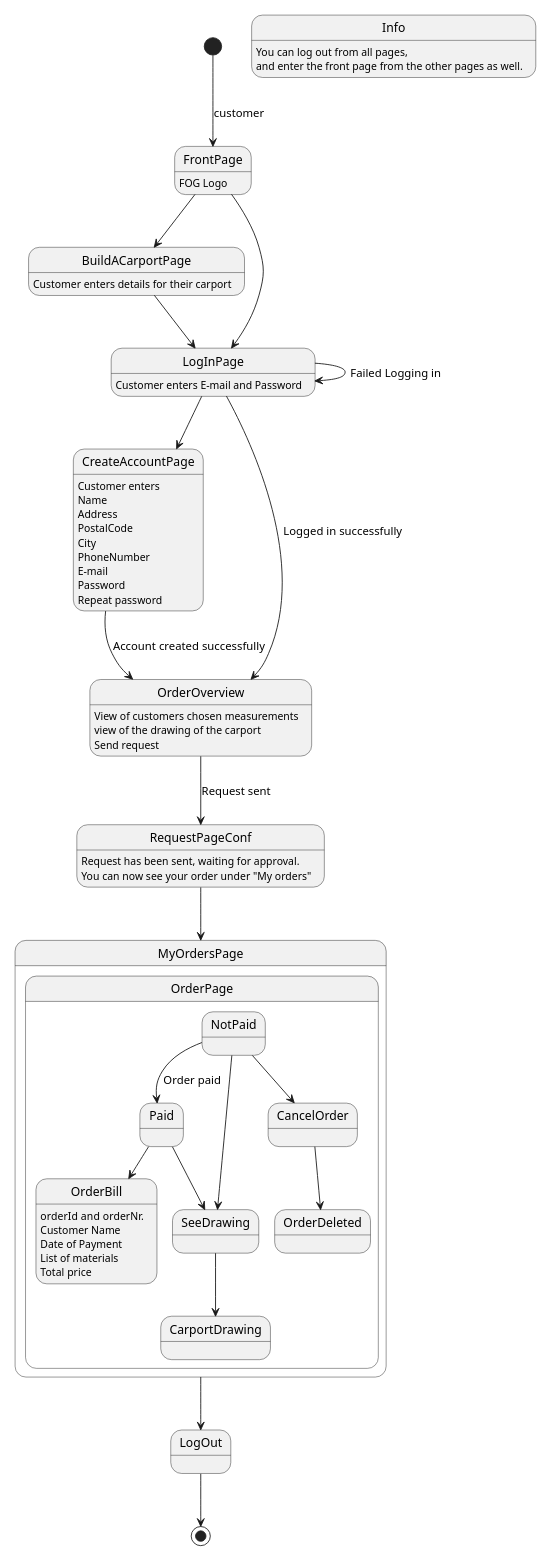
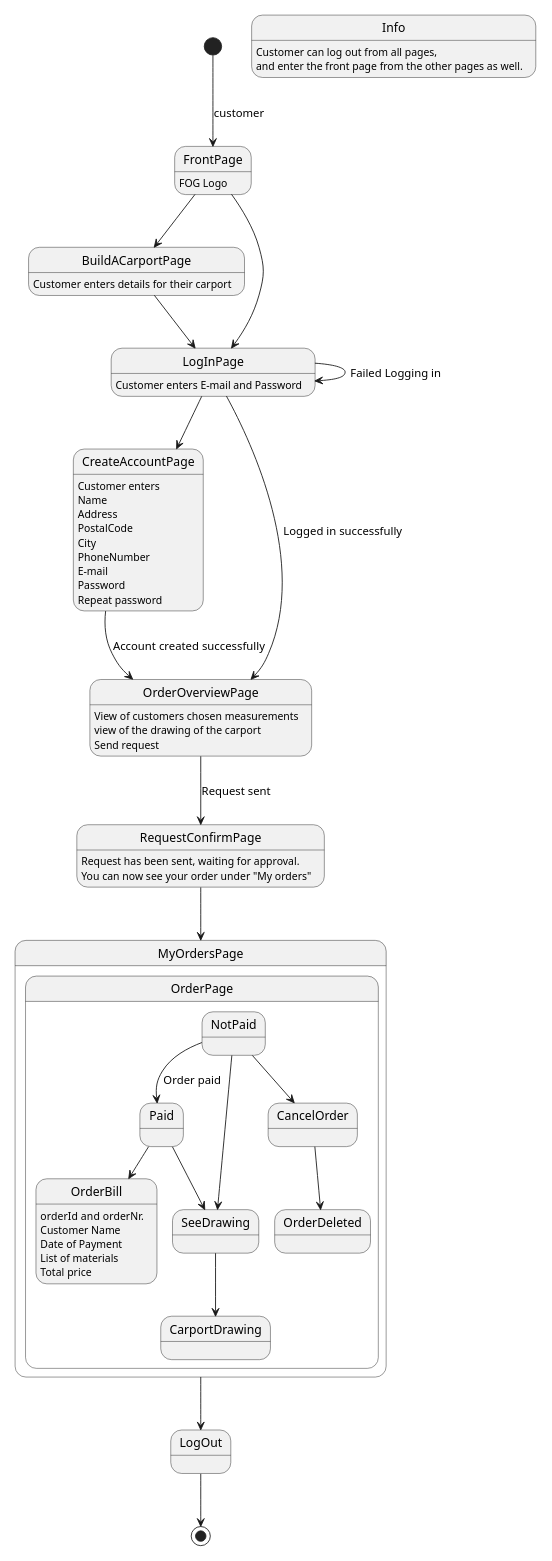
One commit to Shiihon/Dat2_Carport changed the diagram in doc/Dynamic/NavigationDiagram/Naviagation_Customer.puml. Above: the diagram before and after it, drawn with PlantUML. The commit also changed 1 other file, not shown here.

Commit message:
Navigation diagram for customers and admin

```diff
--- a/doc/Dynamic/NavigationDiagram/Naviagation_Customer.puml
+++ b/doc/Dynamic/NavigationDiagram/Naviagation_Customer.puml
@@ -1,88 +1,89 @@
 @startuml
 'https://plantuml.com/state-diagram
 
 scale 350 width
 [*] --> FrontPage : customer
 
 state FrontPage {
 FrontPage : FOG Logo
 }
 
 state Info
-Info : You can log out from all pages,
+Info : Customer can log out from all pages,
 Info : and enter the front page from the other pages as well.
+
 state BuildACarportPage
 FrontPage --> BuildACarportPage
 BuildACarportPage : Customer enters details for their carport
 BuildACarportPage --> LogInPage
 
 
 state CreateAccountPage
 CreateAccountPage : Customer enters
 CreateAccountPage : Name
 CreateAccountPage : Address
 CreateAccountPage : PostalCode
 CreateAccountPage : City
 CreateAccountPage : PhoneNumber
 CreateAccountPage : E-mail
 CreateAccountPage : Password
 CreateAccountPage : Repeat password
-CreateAccountPage --> OrderOverview : Account created successfully
+CreateAccountPage --> OrderOverviewPage : Account created successfully
 
 state LogInPage
 FrontPage --> LogInPage
 LogInPage : Customer enters E-mail and Password
 LogInPage --> LogInPage : Failed Logging in
 LogInPage --> CreateAccountPage
 
-state OrderOverview
-LogInPage --> OrderOverview : Logged in successfully
-OrderOverview : View of customers chosen measurements
-OrderOverview : view of the drawing of the carport
-OrderOverview : Send request
-OrderOverview --> RequestPageConf : Request sent
+state OrderOverviewPage
+LogInPage --> OrderOverviewPage : Logged in successfully
+OrderOverviewPage : View of customers chosen measurements
+OrderOverviewPage : view of the drawing of the carport
+OrderOverviewPage : Send request
+OrderOverviewPage --> RequestConfirmPage : Request sent
 
-state RequestPageConf
-RequestPageConf --> MyOrdersPage
-RequestPageConf : Request has been sent, waiting for approval.
-RequestPageConf : You can now see your order under "My orders"
+state RequestConfirmPage
+RequestConfirmPage --> MyOrdersPage
+RequestConfirmPage : Request has been sent, waiting for approval.
+RequestConfirmPage : You can now see your order under "My orders"
 
 state MyOrdersPage {
 
 state OrderPage {
 
 state Paid
 Paid --> SeeDrawing
 Paid --> OrderBill
 
 state OrderBill
 OrderBill : orderId and orderNr.
 OrderBill : Customer Name
 OrderBill : Date of Payment
 OrderBill : List of materials
 OrderBill : Total price
 
 state NotPaid
 NotPaid --> Paid : Order paid
 NotPaid --> SeeDrawing
 NotPaid --> CancelOrder
 
 state SeeDrawing
 
 state CancelOrder
 CancelOrder --> OrderDeleted
 
 state OrderDeleted
 
 state CarportDrawing
 SeeDrawing --> CarportDrawing
  }
 
 }
 
- state LogOut
- MyOrdersPage --> LogOut
+state LogOut
+MyOrdersPage --> LogOut
 
 LogOut --> [*]
 
 @enduml
```
